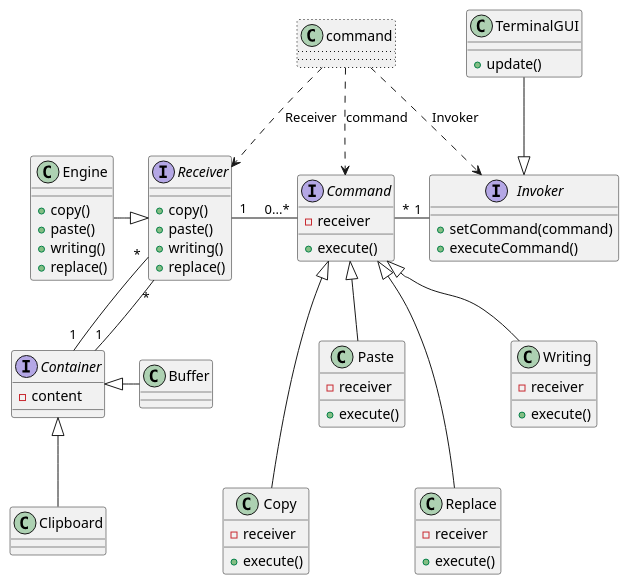
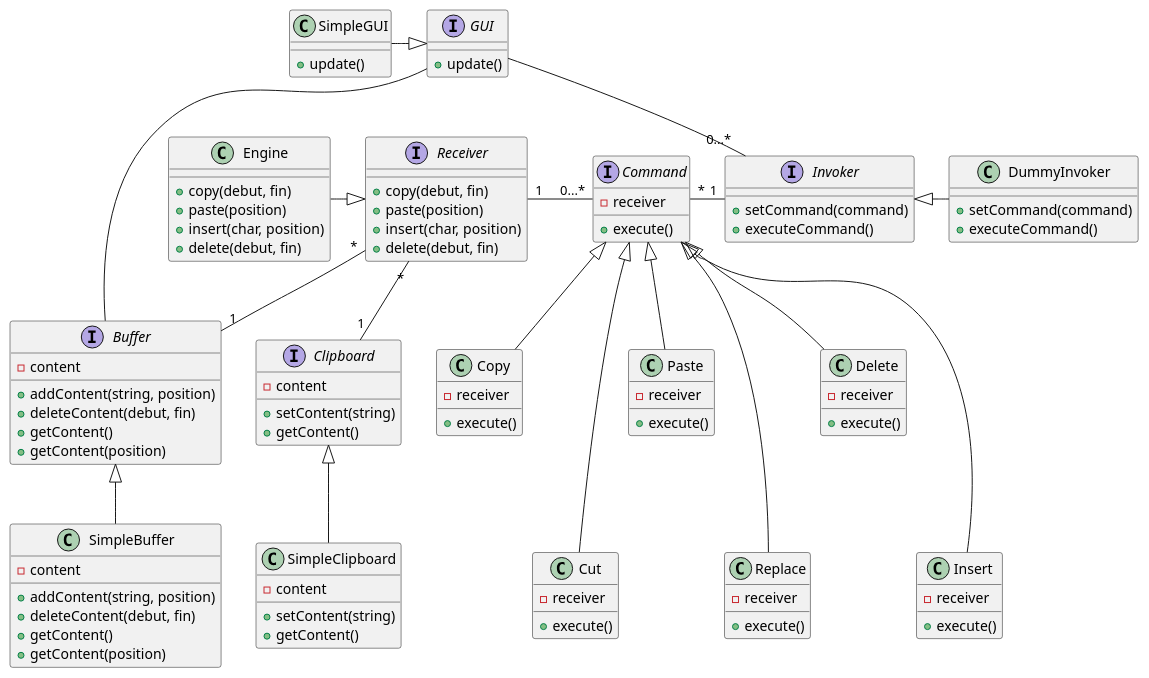
Before and after one commit to Camille-Molinier/text-editor: the diagram in V1/Conception/ClassDiagram.puml, drawn with PlantUML. The commit also changed 27 other files, not shown here.

Commit message:
Insert and delete text working. Add copy function

```diff
--- a/V1/Conception/ClassDiagram.puml
+++ b/V1/Conception/ClassDiagram.puml
@@ -1,86 +1,128 @@
 @startuml
 'https://plantuml.com/class-diagram
 
-
-interface Command {
-    - receiver
-    + execute()
+interface GUI {
+    + update()
 }
 
 interface Invoker {
     + setCommand(command)
     + executeCommand()
 }
 
-interface Container {
-    - content
+interface Command {
+    - receiver
+    + execute()
 }
 
 interface Receiver {
-    + copy()
-    + paste()
-    + writing()
-    + replace()
+    + copy(debut, fin)
+    + paste(position)
+    + insert(char, position)
+    + delete(debut, fin)
 }
 
-class TerminalGUI {
+interface Clipboard {
+    - content
+    + setContent(string)
+    + getContent()
+}
+
+interface Buffer {
+    - content
+    + addContent(string, position)
+    + deleteContent(debut, fin)
+    + getContent()
+    + getContent(position)
+}
+
+class SimpleGUI {
     + update()
 }
 
 class Engine {
-    + copy()
-    + paste()
-    + writing()
-    + replace()
+    + copy(debut, fin)
+    + paste(position)
+    + insert(char, position)
+    + delete(debut, fin)
 }
 
-class Writing {
+
+class Copy {
     - receiver
     + execute()
 }
 
-class Copy {
+class Cut {
     - receiver
     + execute()
 }
 
 class Paste {
     - receiver
     + execute()
 }
 
 class Replace {
     - receiver
     + execute()
 }
 
-class Clipboard {}
+class Delete {
+    - receiver
+    + execute()
+}
 
-class Buffer {}
+class Insert {
+    - receiver
+    + execute()
+}
 
-class command #line.dotted
+class SimpleBuffer {
+    - content
+    + addContent(string, position)
+    + deleteContent(debut, fin)
+    + getContent()
+    + getContent(position)
+}
 
-command ..> Invoker : Invoker
-command ..> Receiver : Receiver
-command ..> Command : command
+class SimpleClipboard {
+    - content
+    + setContent(string)
+    + getContent()
+}
+
+class DummyInvoker {
+    + setCommand(command)
+    + executeCommand()
+}
+
+
+GUI --- Buffer
+GUI --"0...*" Invoker
 
 Receiver "1"-"0...*" Command
-Receiver "*"-down-"1" Container
-Receiver "*"--down"1" Container
+Receiver "*"-down-"1" Buffer
+Receiver "*"--down"1" Clipboard
 
-Clipboard -up-|> Container
-Buffer -left|> Container
+SimpleGUI -right|> GUI
 
-
-Engine -|> Receiver
+Engine -right-|> Receiver
 
 Invoker "1"--left"*" Command
 
-Writing -up-|> Command
-Copy --up-|> Command
+
+Copy -up-|> Command
 Paste -up-|> Command
 Replace --up-|> Command
+Delete -up-|> Command
+Cut --up-|> Command
+Insert -up--|> Command
 
-TerminalGUI --|> Invoker
+SimpleBuffer -up-|> Buffer
+SimpleClipboard -up-|> Clipboard
+
+DummyInvoker -left|> Invoker
+
 
 @enduml
```
